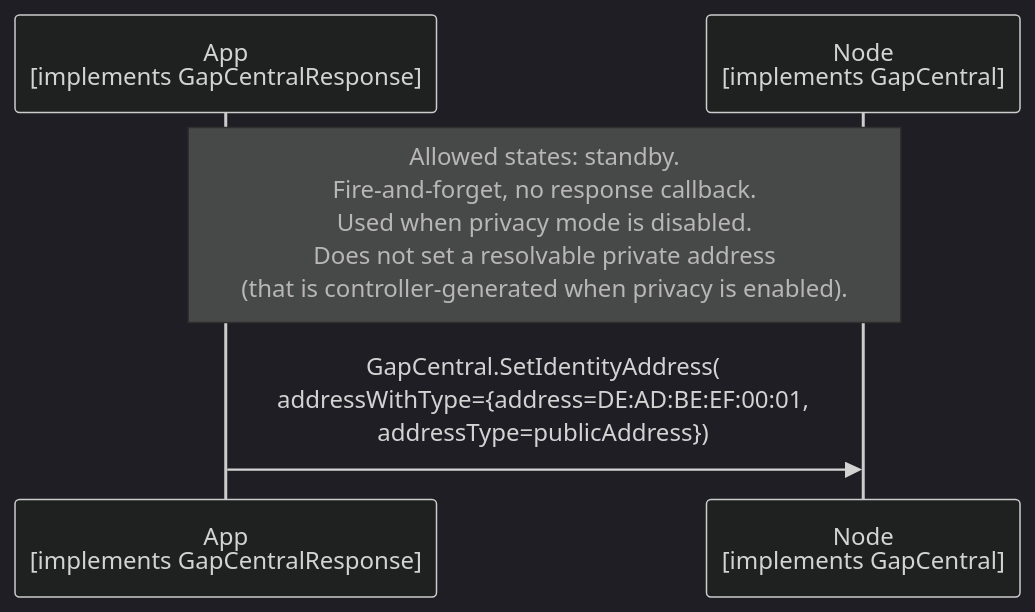
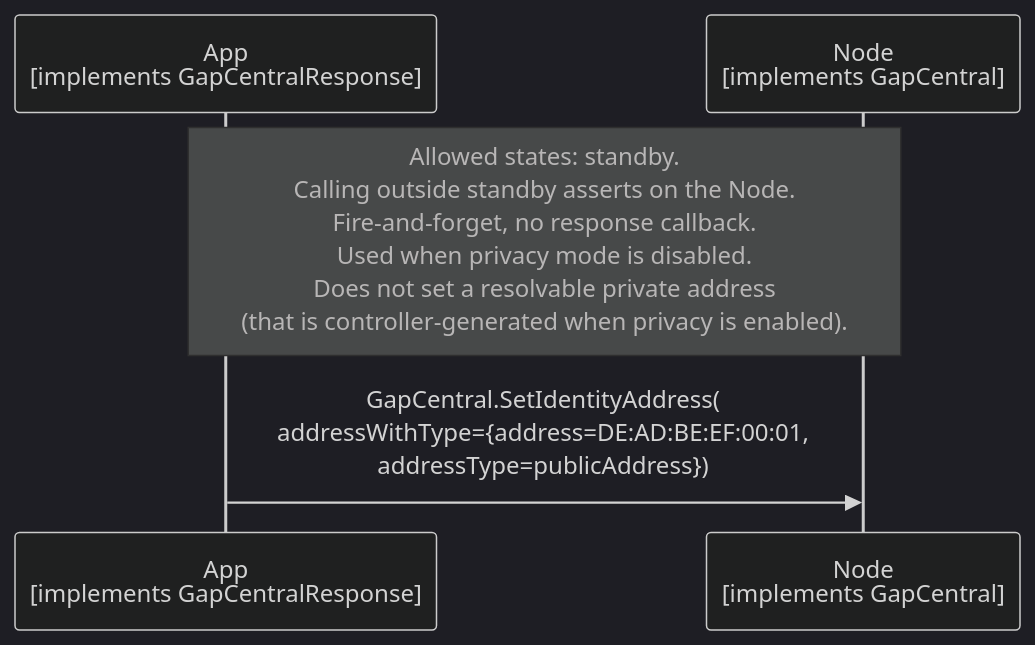
One commit to philips-software/amp-embedded-infra-lib changed the diagram in documents/modules/ROOT/partials/echoservices/gap_central/GapCentral_SetIdentityAddress_sequence.mmd. Above: the diagram before and after it, drawn with Mermaid (dark theme). The commit also changed 32 other files, not shown here.

Commit message:
apply feedback on gap uml diagrams

```diff
--- a/documents/modules/ROOT/partials/echoservices/gap_central/GapCentral_SetIdentityAddress_sequence.mmd
+++ b/documents/modules/ROOT/partials/echoservices/gap_central/GapCentral_SetIdentityAddress_sequence.mmd
@@ -1,7 +1,7 @@
 sequenceDiagram
     participant App as App<br>[implements GapCentralResponse]
     participant Node as Node<br>[implements GapCentral]
 
-    Note over App, Node: Allowed states: standby.<br>Fire-and-forget, no response callback.<br>Used when privacy mode is disabled.<br>Does not set a resolvable private address<br>(that is controller-generated when privacy is enabled).
+    Note over App, Node: Allowed states: standby.<br>Calling outside standby asserts on the Node.<br>Fire-and-forget, no response callback.<br>Used when privacy mode is disabled.<br>Does not set a resolvable private address<br>(that is controller-generated when privacy is enabled).
 
     App->>Node: GapCentral.SetIdentityAddress(<br>addressWithType={address=DE:AD:BE:EF:00:01,<br>addressType=publicAddress})
```
